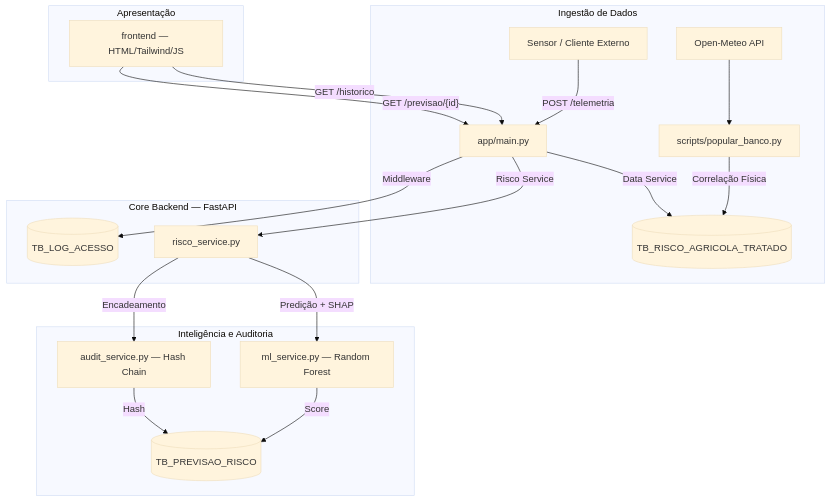
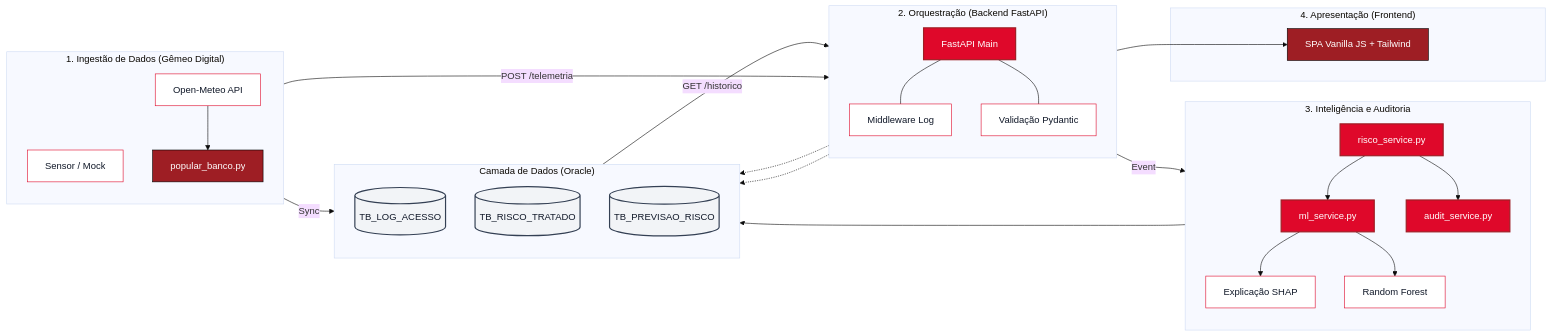
The diagram in docs/ARCHITECTURE.md (renansouz/maia-intelligence-NEXT), drawn with Mermaid (base theme) before and after one commit.

Commit message:
Update architecture diagram and descriptions

````diff
--- a/docs/ARCHITECTURE.md
+++ b/docs/ARCHITECTURE.md
@@ -7,26 +7,71 @@
 ```mermaid
-flowchart TD
-    subgraph "Ingestão de Dados"
-        S1[Sensor / Cliente Externo] -- "POST /telemetria" --> API
-        S2[Open-Meteo API] --> B[scripts/popular_banco.py]
-        B -- "Correlação Física" --> DB1[(TB_RISCO_AGRICOLA_TRATADO)]
+graph LR
+    %% Definição de Cores Sompo
+    classDef sompoRed fill:#DF082A,stroke:#9E1E24,color:#fff,stroke-width:2px;
+    classDef sompoWine fill:#9E1E24,stroke:#000,color:#fff,stroke-width:1px;
+    classDef database fill:#F2F4F7,stroke:#344054,color:#101828,stroke-width:2px;
+    classDef logic fill:#fff,stroke:#DF082A,color:#101828,stroke-width:1px;
+
+    %% 1. Ingestão
+    subgraph Ingestao ["1. Ingestão de Dados (Gêmeo Digital)"]
+        direction TB
+        S1[Sensor / Mock]
+        S2[Open-Meteo API]
+        P_B[popular_banco.py]
+        S2 --> P_B
     end
 
-    subgraph "Core Backend — FastAPI"
-        API[app/main.py] -- "Middleware" --> LOG[(TB_LOG_ACESSO)]
-        API -- "Data Service" --> DB1
-        API -- "Risco Service" --> S[risco_service.py]
+    %% 2. Orquestração
+    subgraph Core ["2. Orquestração (Backend FastAPI)"]
+        direction TB
+        API[FastAPI Main]
+        MID[Middleware Log]
+        VAL[Validação Pydantic]
+        API --- MID
+        API --- VAL
     end
 
-    subgraph "Inteligência e Auditoria"
-        S -- "Predição + SHAP" --> ML[ml_service.py — Random Forest]
-        S -- "Encadeamento" --> AC[audit_service.py — Hash Chain]
-        ML -- "Score" --> DB2[(TB_PREVISAO_RISCO)]
-        AC -- "Hash" --> DB2
+    %% 3. Inteligência e Auditoria
+    subgraph Inteligencia ["3. Inteligência e Auditoria"]
+        direction TB
+        RS[risco_service.py]
+        ML[ml_service.py]
+        AC[audit_service.py]
+        
+        RS --> ML
+        RS --> AC
+        ML --> SHAP[Explicação SHAP]
+        ML --> RF[Random Forest]
     end
 
-    subgraph "Apresentação"
-        UI[frontend — HTML/Tailwind/JS] -- "GET /historico" --> API
-        UI -- "GET /previsao/{id}" --> API
+    %% 4. Persistência
+    subgraph Dados ["Camada de Dados (Oracle)"]
+        direction TB
+        DB_LOG[(TB_LOG_ACESSO)]
+        DB_TRATADO[(TB_RISCO_TRATADO)]
+        DB_PREV[(TB_PREVISAO_RISCO)]
     end
+
+    %% 5. Apresentação
+    subgraph UI ["4. Apresentação (Frontend)"]
+        FRONT[SPA Vanilla JS + Tailwind]
+    end
+
+    %% Fluxos de Conexão (Organizados)
+    S1 -->|"POST /telemetria"| API
+    P_B -->|"Sync"| DB_TRATADO
+    
+    API -->|"Event"| RS
+    MID -.-> DB_LOG
+    VAL -.-> DB_TRATADO
+    
+    RS --> DB_PREV
+    DB_PREV -->|"GET /historico"| API
+    API --> FRONT
+
+    %% Aplicação de Estilos
+    class API,RS,ML,AC sompoRed;
+    class P_B,FRONT sompoWine;
+    class DB_LOG,DB_TRATADO,DB_PREV database;
+    class S1,S2,VAL,MID,SHAP,RF logic;
 ```
````
